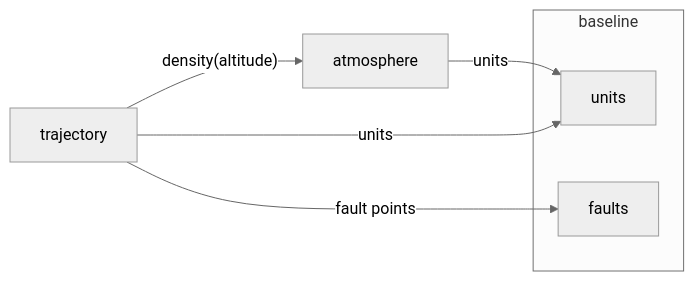
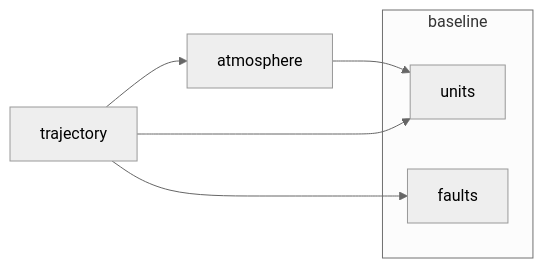
One commit to jay-pryor/ProjectHyperion changed the diagram in examples/minimal/docs/module-map.md. Above: the diagram before and after it, drawn with Mermaid (neutral theme). The commit also changed other lines of this file and 70 other files, not shown here.

````diff
--- a/examples/minimal/docs/module-map.md
+++ b/examples/minimal/docs/module-map.md
@@ -5,11 +6,11 @@
 ```mermaid
 flowchart LR
     subgraph baseline
-        U[units]
-        F[faults]
+        baseline_units[units]
+        baseline_faults[faults]
     end
-    A[atmosphere] -->|units| U
-    T[trajectory] -->|units| U
-    T -->|fault points| F
-    T -->|"density(altitude)"| A
+    atmosphere[atmosphere] --> baseline_units
+    trajectory[trajectory] --> baseline_units
+    trajectory[trajectory] --> baseline_faults
+    trajectory[trajectory] --> atmosphere[atmosphere]
 ```
````
